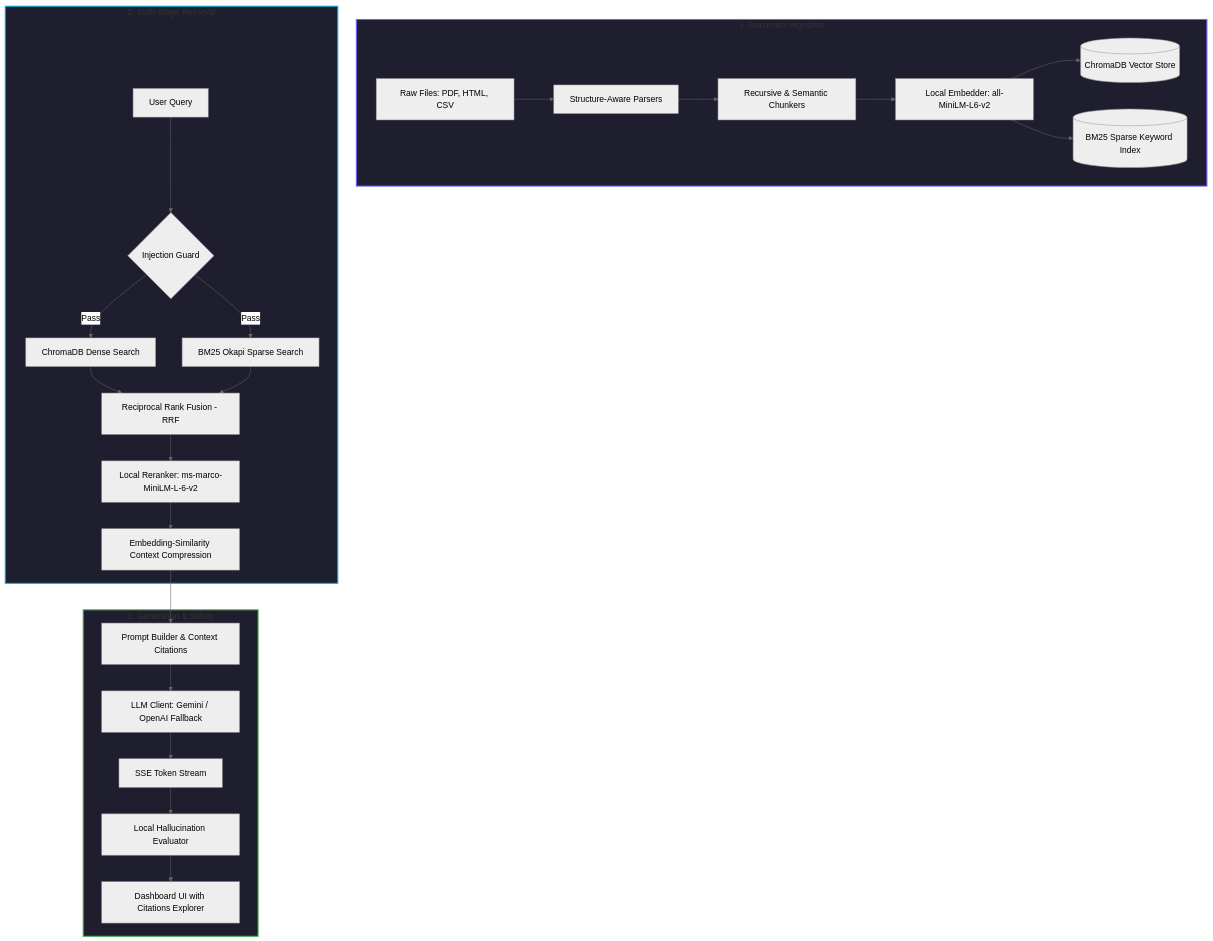
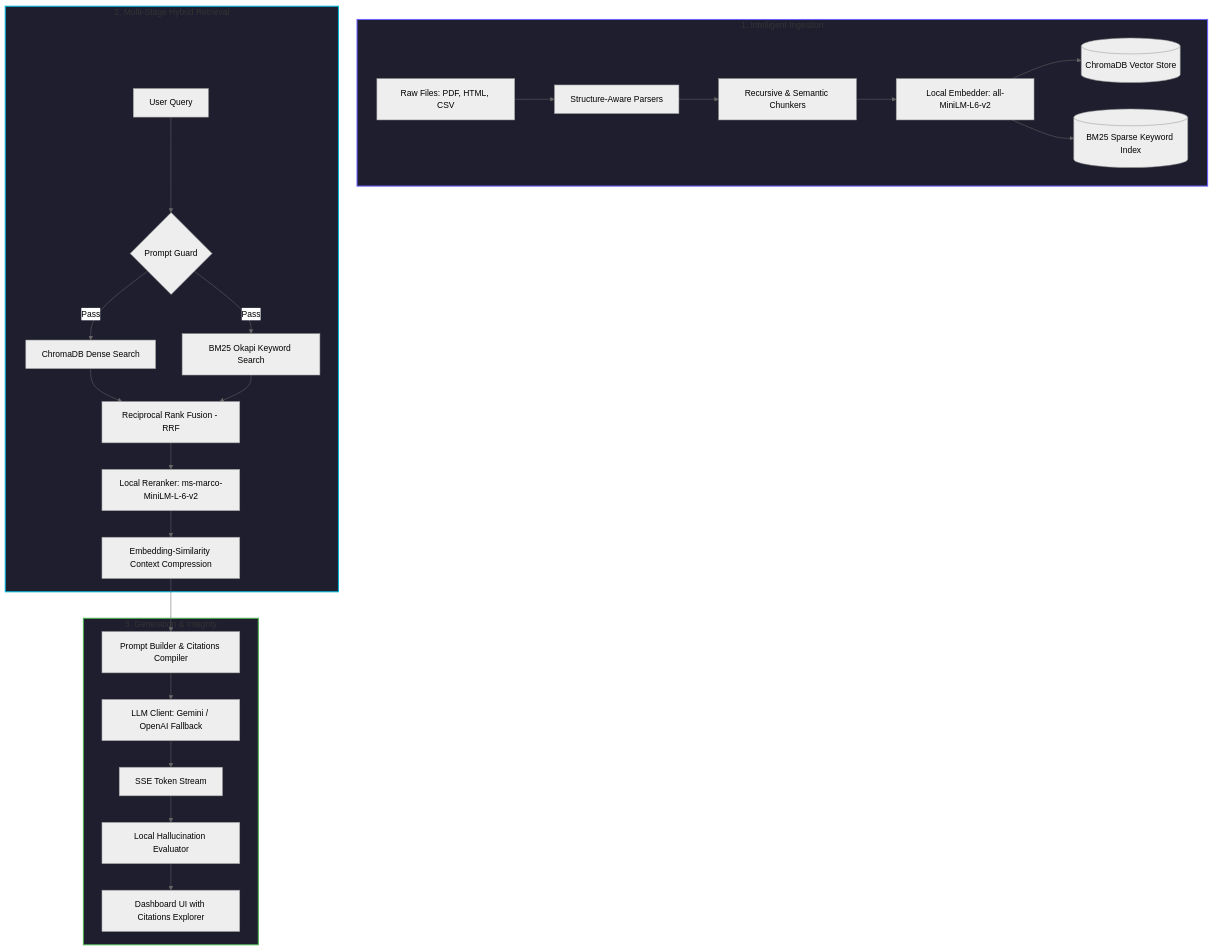
Before and after one commit to baghelratan/rag-assistant: the diagram in README.md, drawn with Mermaid (neutral theme). The commit also changed other lines of this file and 1 other file, not shown here.

````diff
--- a/README.md
+++ b/README.md
@@ -28,35 +28,35 @@
 ```mermaid
 graph TD
     %% Ingestion Pipeline
-    subgraph Ingestion ["1. Document Ingestion"]
+    subgraph Ingestion ["1. Intelligent Ingestion"]
         A[Raw Files: PDF, HTML, CSV] --> B[Structure-Aware Parsers]
         B --> C[Recursive & Semantic Chunkers]
         C --> D[Local Embedder: all-MiniLM-L6-v2]
         D --> E[(ChromaDB Vector Store)]
         D --> F[(BM25 Sparse Keyword Index)]
     end
 
     %% Retrieval Pipeline
-    subgraph Retrieval ["2. Multi-Stage Retrieval"]
-        G[User Query] --> H{Injection Guard}
+    subgraph Retrieval ["2. Multi-Stage Hybrid Retrieval"]
+        G[User Query] --> H{Prompt Guard}
         H -->|Pass| I[ChromaDB Dense Search]
-        H -->|Pass| J[BM25 Okapi Sparse Search]
+        H -->|Pass| J[BM25 Okapi Keyword Search]
         I --> K[Reciprocal Rank Fusion - RRF]
         J --> K
         K --> L[Local Reranker: ms-marco-MiniLM-L-6-v2]
         L --> M[Embedding-Similarity Context Compression]
     end
 
     %% Generation Pipeline
-    subgraph Generation ["3. Generation & Safety"]
-        M --> N[Prompt Builder & Context Citations]
+    subgraph Generation ["3. Generation & Integrity"]
+        M --> N[Prompt Builder & Citations Compiler]
         N --> O[LLM Client: Gemini / OpenAI Fallback]
         O --> P[SSE Token Stream]
         P --> Q[Local Hallucination Evaluator]
         Q --> R[Dashboard UI with Citations Explorer]
     end
 
     style Ingestion fill:#1e1e2f,stroke:#6c63ff,stroke-width:2px;
     style Retrieval fill:#1e1e2f,stroke:#00b4d8,stroke-width:2px;
     style Generation fill:#1e1e2f,stroke:#4caf50,stroke-width:2px;
 ```
````
